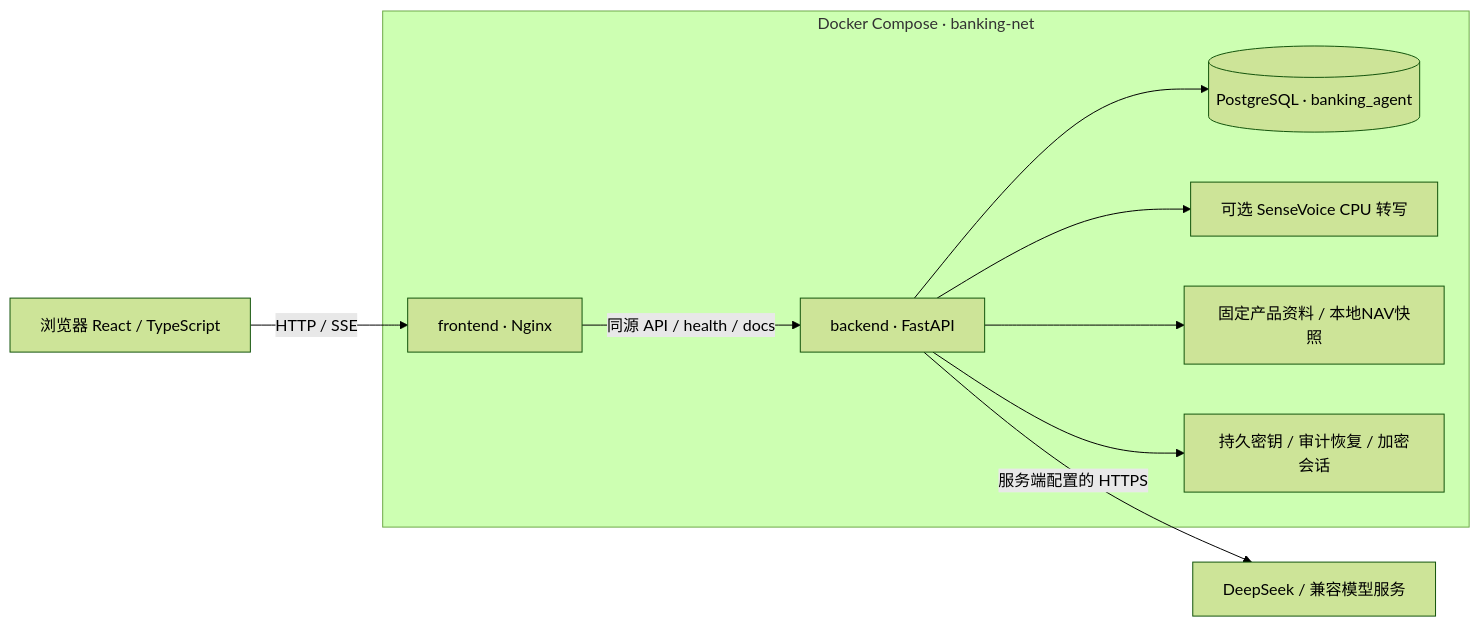
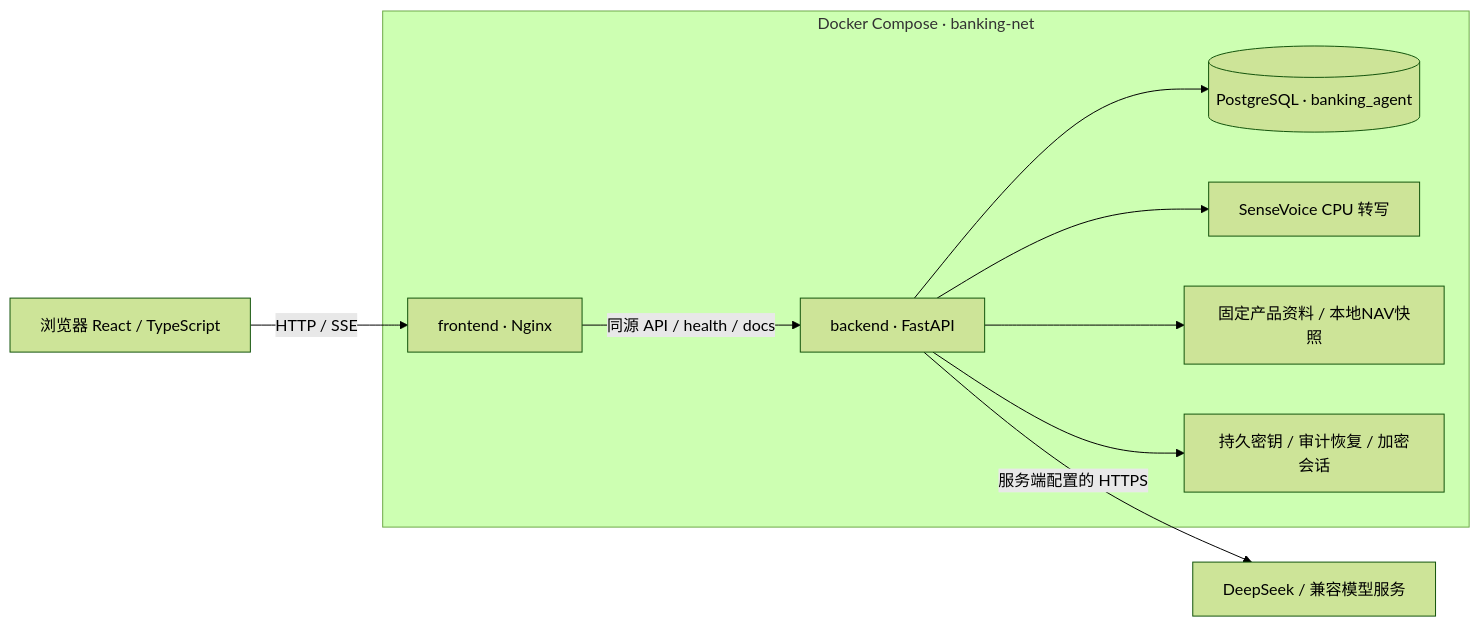
Before and after one commit to Stainnifuski/2026-Fintechathon-ai-banking-agent: the first of 4 diagrams in 技术文档.md, drawn with Mermaid (forest theme). The commit also changed other lines of this file and 6 other files, not shown here.

````diff
--- a/技术文档.md
+++ b/技术文档.md
@@ -15,12 +15,12 @@
 ```mermaid
 flowchart LR
     U[浏览器 React / TypeScript] -->|HTTP / SSE| N
     subgraph C[Docker Compose · banking-net]
       N[frontend · Nginx] -->|同源 API / health / docs| B[backend · FastAPI]
       B --> P[(PostgreSQL · banking_agent)]
-      B --> V[可选 SenseVoice CPU 转写]
+      B --> V[SenseVoice CPU 转写]
       B --> D[固定产品资料 / 本地NAV快照]
       B --> S[持久密钥 / 审计恢复 / 加密会话]
     end
     B -->|服务端配置的 HTTPS| M[DeepSeek / 兼容模型服务]
 ```
````
